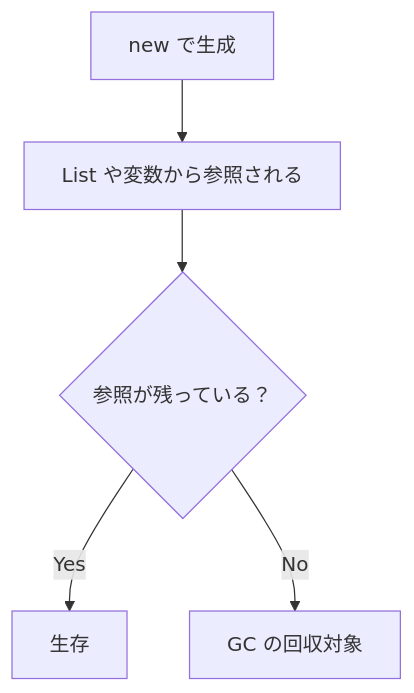
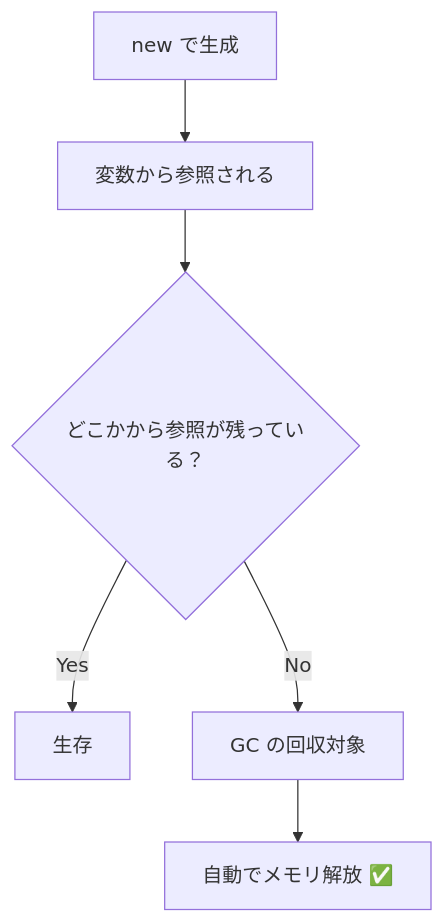
The second of 12 diagrams in CsharpVer/chapter-07-smartptr.md (fuddt/Cplus), drawn with Mermaid before and after one commit. The commit also changed other lines of this file, not shown here.

````diff
--- a/CsharpVer/chapter-07-smartptr.md
+++ b/CsharpVer/chapter-07-smartptr.md
@@ -32,7 +71,8 @@
 ```mermaid
 flowchart TD
-    A["new で生成"] --> B["List や変数から参照される"]
-    B --> C{"参照が残っている？"}
+    A["new で生成"] --> B["変数から参照される"]
+    B --> C{"どこかから参照が残っている？"}
     C -- Yes --> D["生存"]
     C -- No --> E["GC の回収対象"]
+    E --> F["自動でメモリ解放 ✅"]
 ```
````
